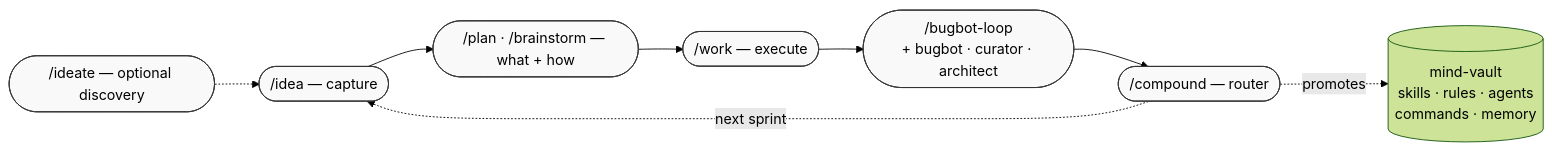
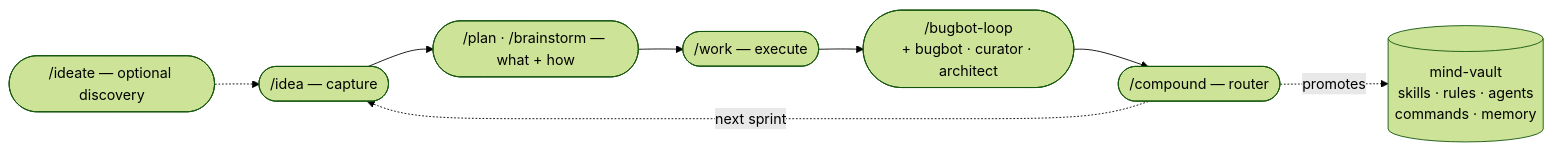
One commit to infohata/mind-vault changed the diagram in README.md. Above: the diagram before and after it, drawn with Mermaid (forest theme).

Commit message:
style(readme): drop mermaid hardcoded colors — let GitHub pick light/dark defaults
The classDef fill:#f9f9f9 / stroke:#333 was tuned for light theme; on
GitHub's dark mode the light-gray fill washes the nodes out. Removing
the style block entirely lets mermaid's default theme-aware renderer
adapt per viewer preference.

````diff
--- a/README.md
+++ b/README.md
@@ -11,12 +11,10 @@
 ```mermaid
 flowchart LR
     I0(["/ideate — optional discovery"]) -.-> I1
     I1(["/idea — capture"]) --> P
     P(["/plan · /brainstorm — what + how"]) --> W
     W(["/work — execute"]) --> R
     R(["/bugbot-loop\n+ bugbot · curator · architect"]) --> C
     C(["/compound — router"]) -.promotes.-> V[("mind-vault\nskills · rules · agents\ncommands · memory")]
     C -.next sprint.-> I1
-    classDef stage fill:#f9f9f9,stroke:#333,stroke-width:1px
-    class I0,I1,P,W,R,C stage
 ```
````
